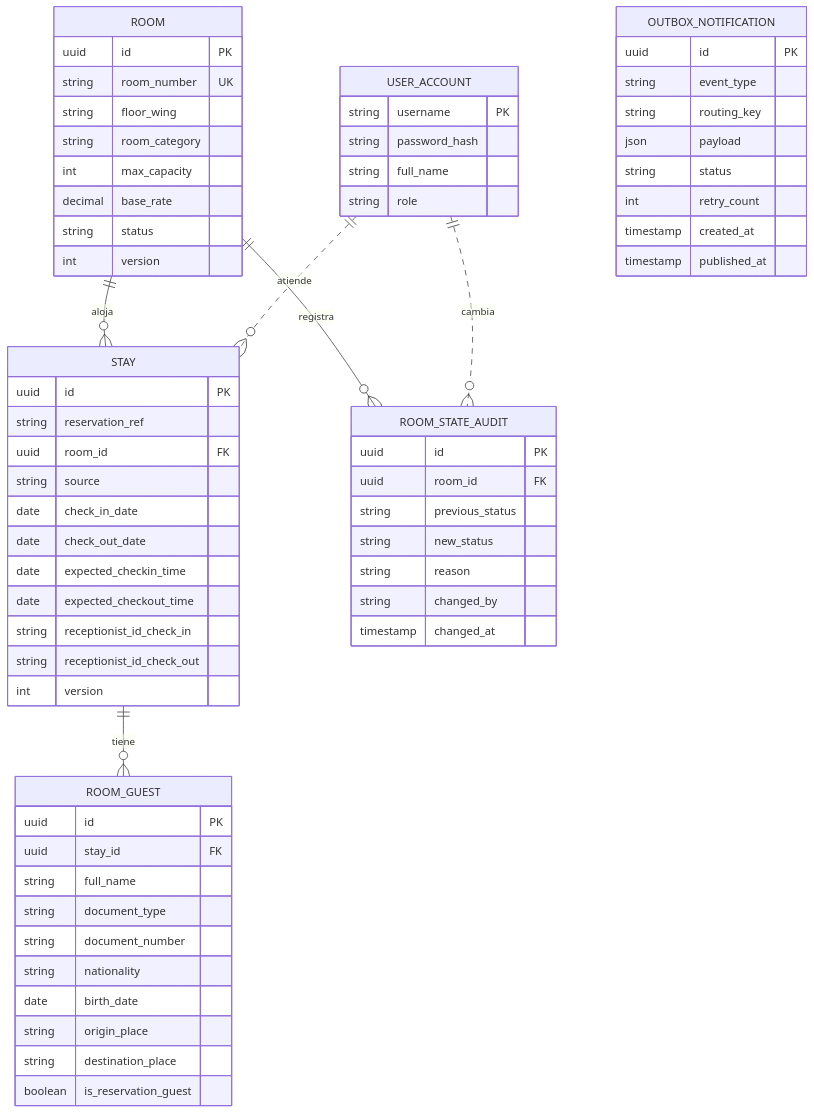
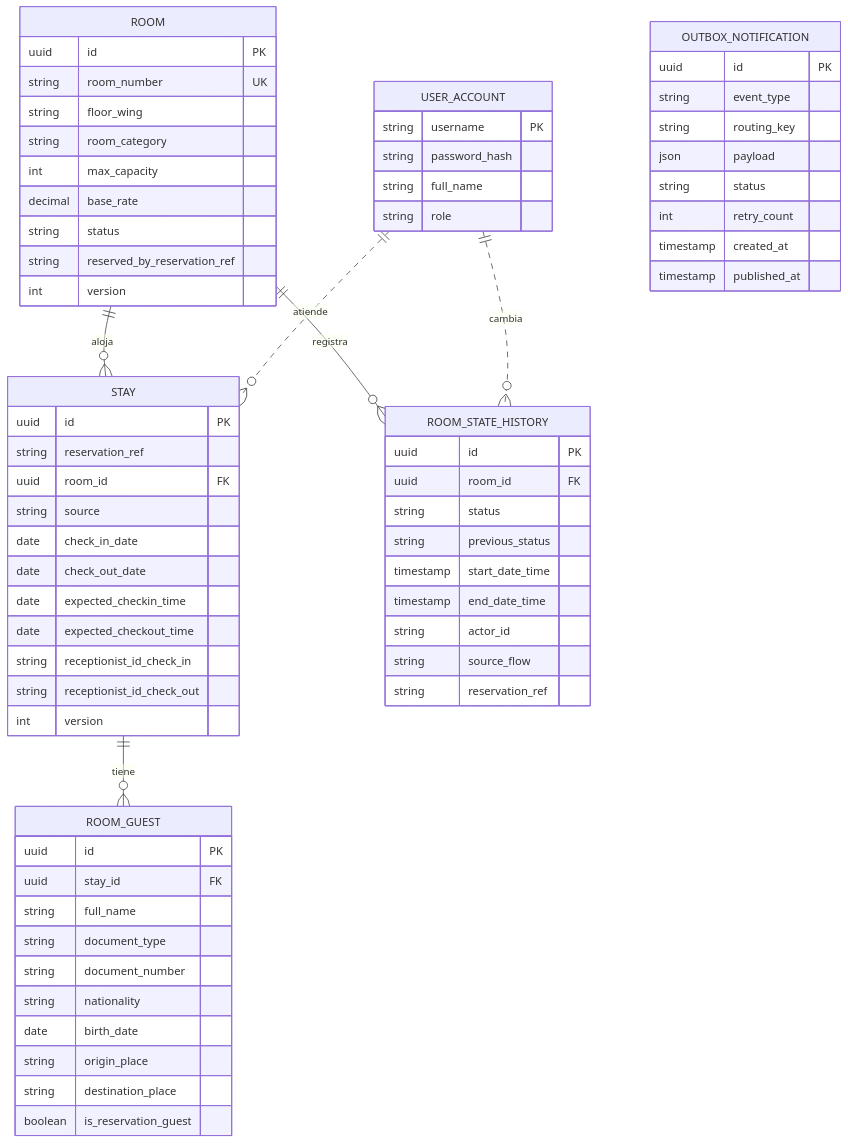
One commit to MirianMarriaga/hospitua-module-1 changed the diagram in documentos/PLAN/base/plan.md. Above: the diagram before and after it, drawn with Mermaid. The commit also changed other lines of this file, not shown here.

Commit message:
feat: Integración de RoomStateHistory como registro de auditoría  y pendientes de limpieza/mantenimiento

````diff
--- a/documentos/PLAN/base/plan.md
+++ b/documentos/PLAN/base/plan.md
@@ -315,69 +318,72 @@
 ```mermaid
 erDiagram
   ROOM ||--o{ STAY : aloja
-  ROOM ||--o{ ROOM_STATE_AUDIT : registra
+  ROOM ||--o{ ROOM_STATE_HISTORY : registra
   STAY ||--o{ ROOM_GUEST : tiene
   USER_ACCOUNT ||..o{ STAY : atiende
-  USER_ACCOUNT ||..o{ ROOM_STATE_AUDIT : cambia
+  USER_ACCOUNT ||..o{ ROOM_STATE_HISTORY : cambia
 
   ROOM {
     uuid id PK
     string room_number UK
     string floor_wing
     string room_category
     int max_capacity
     decimal base_rate
     string status
+    string reserved_by_reservation_ref
     int version
   }
-  ROOM_STATE_AUDIT {
+  ROOM_STATE_HISTORY {
     uuid id PK
     uuid room_id FK
+    string status
     string previous_status
-    string new_status
-    string reason
-    string changed_by
-    timestamp changed_at
+    timestamp start_date_time
+    timestamp end_date_time
+    string actor_id
+    string source_flow
+    string reservation_ref
   }
   STAY {
     uuid id PK
     string reservation_ref
     uuid room_id FK
     string source
     date check_in_date
     date check_out_date
     date expected_checkin_time
     date expected_checkout_time
     string receptionist_id_check_in
     string receptionist_id_check_out
     int version
   }
   ROOM_GUEST {
     uuid id PK
     uuid stay_id FK
     string full_name
     string document_type
     string document_number
     string nationality
     date birth_date
     string origin_place
     string destination_place
     boolean is_reservation_guest
   }
   OUTBOX_NOTIFICATION {
     uuid id PK
     string event_type
     string routing_key
     json payload
     string status
     int retry_count
     timestamp created_at
     timestamp published_at
   }
   USER_ACCOUNT {
     string username PK
     string password_hash
     string full_name
     string role
   }
 ```
````
